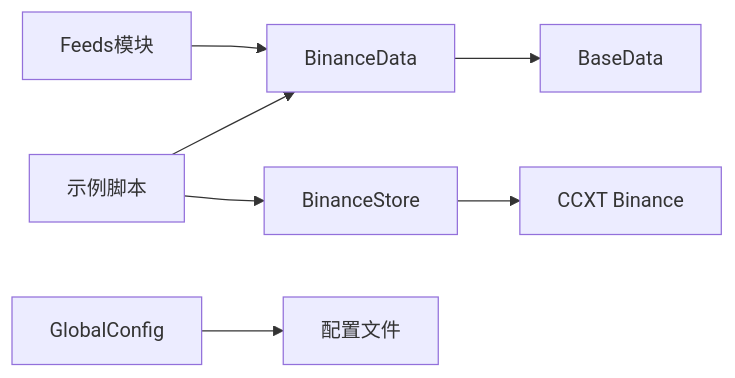
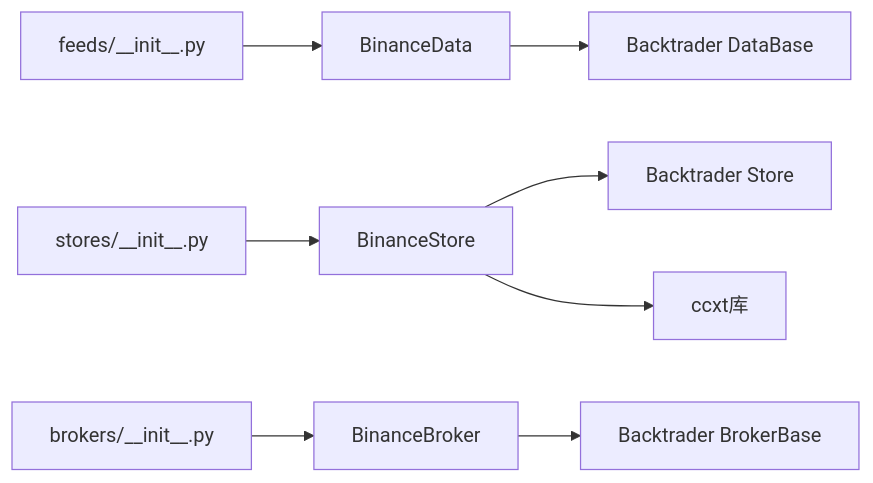
Before and after one commit to bench-prog/backtrader: the sixth of 6 diagrams in .qoder/repowiki/zh/content/实盘交易模块/Binance交易所集成/BinanceDataFeed数据层.md, drawn with Mermaid. The commit also changed other lines of this file and 23 other files, not shown here.

````diff
--- a/.qoder/repowiki/zh/content/实盘交易模块/Binance交易所集成/BinanceDataFeed数据层.md
+++ b/.qoder/repowiki/zh/content/实盘交易模块/Binance交易所集成/BinanceDataFeed数据层.md
@@ -259,9 +261,10 @@
 ```mermaid
 graph LR
-BData["BinanceData"] --> BDataCore["BaseData"]
-BStore["BinanceStore"] --> CCXT["CCXT Binance"]
-CL["GlobalConfig"] --> CFG["配置文件"]
-EX["示例脚本"] --> BData
-EX --> BStore
-FEEDS["Feeds模块"] --> BData
+BData["BinanceData"] --> DB["Backtrader DataBase"]
+BStore["BinanceStore"] --> SB["Backtrader Store"]
+BBroker["BinanceBroker"] --> BB["Backtrader BrokerBase"]
+BStore --> CCXT["ccxt库"]
+FEEDS["feeds/__init__.py"] --> BData
+STORES["stores/__init__.py"] --> BStore
+BROKERS["brokers/__init__.py"] --> BBroker
 ```
````
